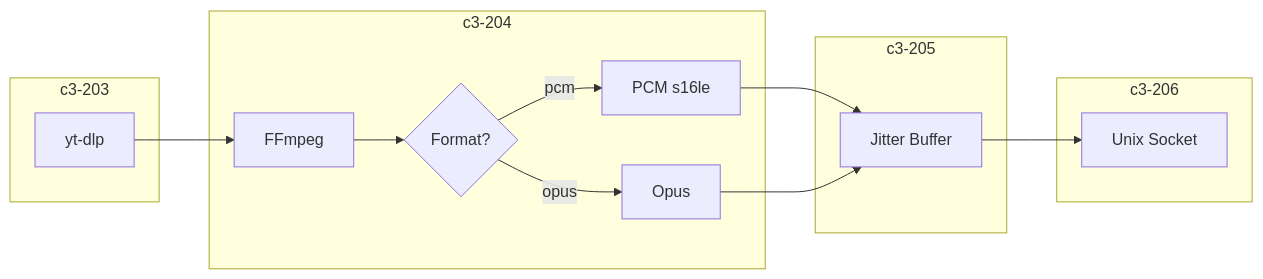
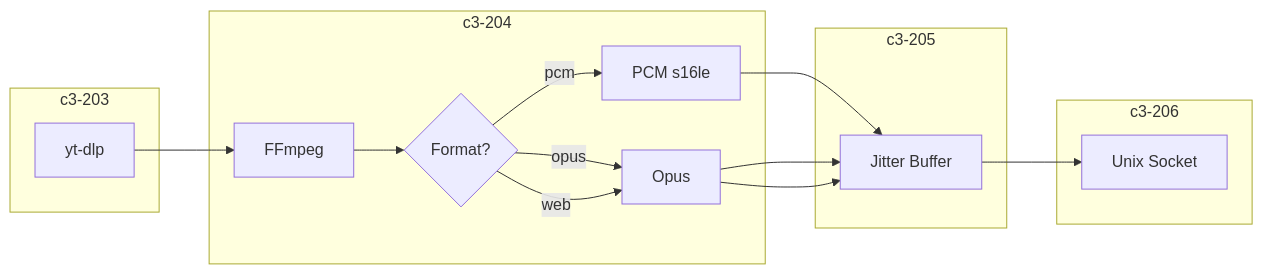
The second of 5 diagrams in .c3/README.md (thewind121212/natashi), drawn with Mermaid before and after one commit. The commit also changed other lines of this file and 8 other files, not shown here.

````diff
--- a/.c3/README.md
+++ b/.c3/README.md
@@ -74,26 +79,27 @@
 ```mermaid
 flowchart LR
     subgraph Extract["c3-203"]
         YT[yt-dlp]
     end
 
     subgraph Encode["c3-204"]
         FF[FFmpeg]
         FORMAT{Format?}
         PCM[PCM s16le]
         OPUS[Opus]
     end
 
     subgraph Buffer["c3-205"]
         JIT[Jitter Buffer]
     end
 
     subgraph Output["c3-206"]
         SOCK[Unix Socket]
     end
 
     YT --> FF --> FORMAT
     FORMAT -->|pcm| PCM --> JIT
     FORMAT -->|opus| OPUS --> JIT
+    FORMAT -->|web| OPUS --> JIT
     JIT --> SOCK
 ```
````
